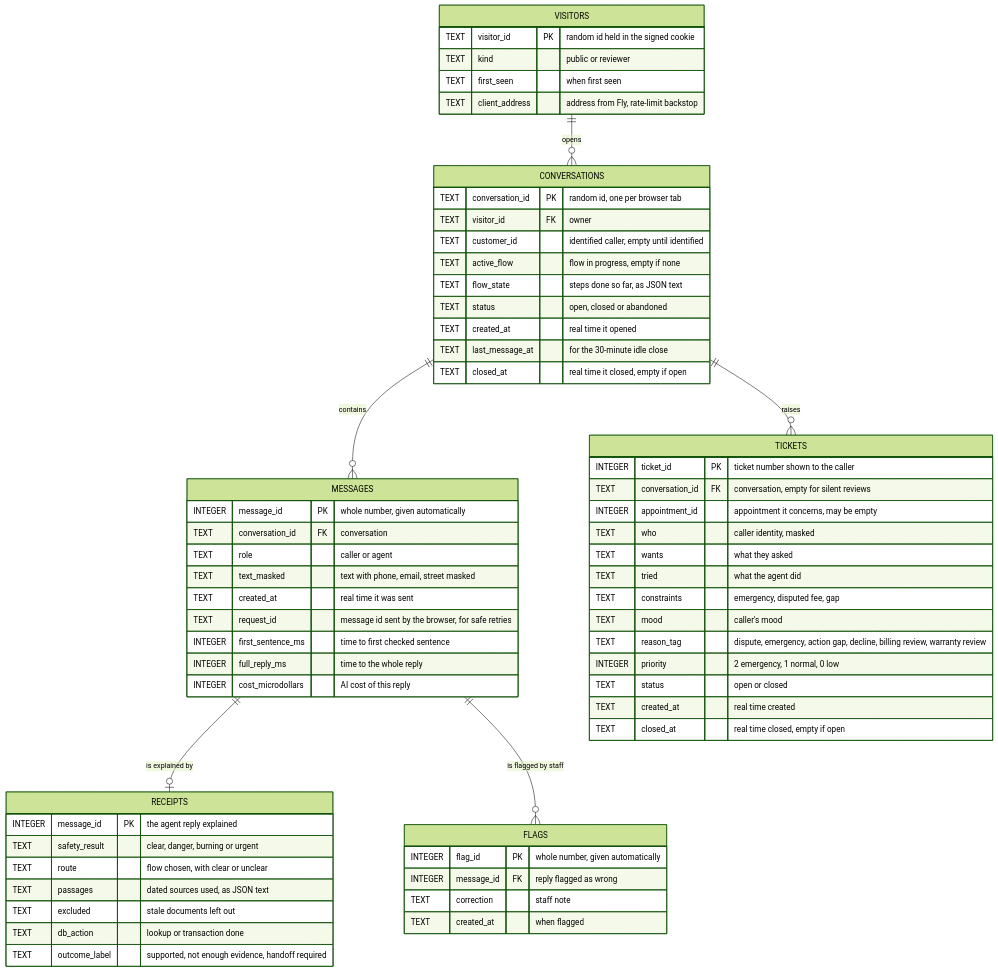
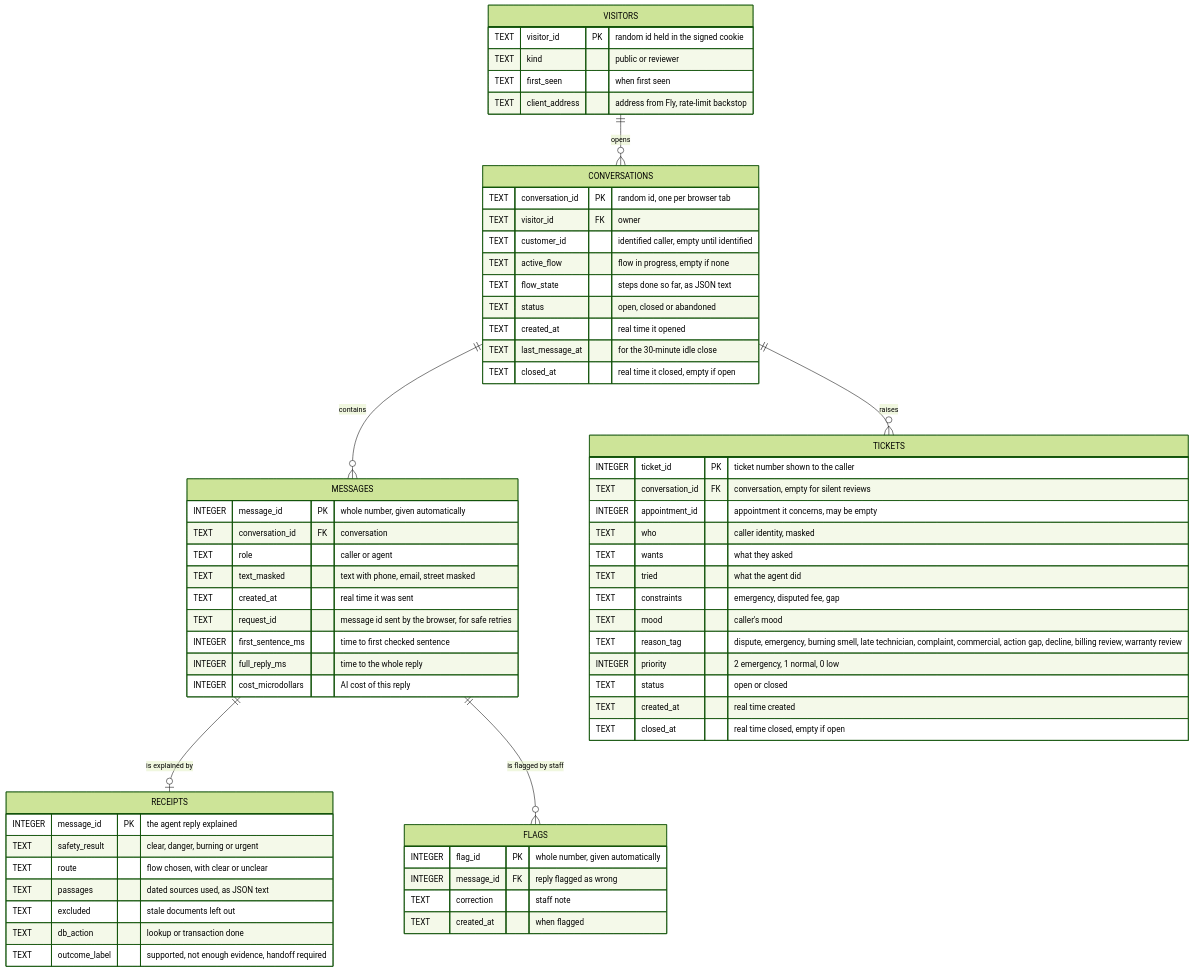
One commit to lucycchi/AI_Call_Center_Agent changed the fourth of 21 diagrams in docs/ARCHITECTURE.md. Above: the diagram before and after it, drawn with Mermaid (forest theme). The commit also changed other lines of this file and 66 other files, not shown here.

````diff
--- a/docs/ARCHITECTURE.md
+++ b/docs/ARCHITECTURE.md
@@ -174,66 +174,66 @@
 ```mermaid
 erDiagram
     VISITORS ||--o{ CONVERSATIONS : "opens"
     CONVERSATIONS ||--o{ MESSAGES : "contains"
     MESSAGES ||--o| RECEIPTS : "is explained by"
     CONVERSATIONS ||--o{ TICKETS : "raises"
     MESSAGES ||--o{ FLAGS : "is flagged by staff"
     VISITORS {
         TEXT visitor_id PK "random id held in the signed cookie"
         TEXT kind "public or reviewer"
         TEXT first_seen "when first seen"
         TEXT client_address "address from Fly, rate-limit backstop"
     }
     CONVERSATIONS {
         TEXT conversation_id PK "random id, one per browser tab"
         TEXT visitor_id FK "owner"
         TEXT customer_id "identified caller, empty until identified"
         TEXT active_flow "flow in progress, empty if none"
         TEXT flow_state "steps done so far, as JSON text"
         TEXT status "open, closed or abandoned"
         TEXT created_at "real time it opened"
         TEXT last_message_at "for the 30-minute idle close"
         TEXT closed_at "real time it closed, empty if open"
     }
     MESSAGES {
         INTEGER message_id PK "whole number, given automatically"
         TEXT conversation_id FK "conversation"
         TEXT role "caller or agent"
         TEXT text_masked "text with phone, email, street masked"
         TEXT created_at "real time it was sent"
         TEXT request_id "message id sent by the browser, for safe retries"
         INTEGER first_sentence_ms "time to first checked sentence"
         INTEGER full_reply_ms "time to the whole reply"
         INTEGER cost_microdollars "AI cost of this reply"
     }
     RECEIPTS {
         INTEGER message_id PK "the agent reply explained"
         TEXT safety_result "clear, danger, burning or urgent"
         TEXT route "flow chosen, with clear or unclear"
         TEXT passages "dated sources used, as JSON text"
         TEXT excluded "stale documents left out"
         TEXT db_action "lookup or transaction done"
         TEXT outcome_label "supported, not enough evidence, handoff required"
     }
     TICKETS {
         INTEGER ticket_id PK "ticket number shown to the caller"
         TEXT conversation_id FK "conversation, empty for silent reviews"
         INTEGER appointment_id "appointment it concerns, may be empty"
         TEXT who "caller identity, masked"
         TEXT wants "what they asked"
         TEXT tried "what the agent did"
         TEXT constraints "emergency, disputed fee, gap"
         TEXT mood "caller's mood"
-        TEXT reason_tag "dispute, emergency, action gap, decline, billing review, warranty review"
+        TEXT reason_tag "dispute, emergency, burning smell, late technician, complaint, commercial, action gap, decline, billing review, warranty review"
         INTEGER priority "2 emergency, 1 normal, 0 low"
         TEXT status "open or closed"
         TEXT created_at "real time created"
         TEXT closed_at "real time closed, empty if open"
     }
     FLAGS {
         INTEGER flag_id PK "whole number, given automatically"
         INTEGER message_id FK "reply flagged as wrong"
         TEXT correction "staff note"
         TEXT created_at "when flagged"
     }
 ```
````
